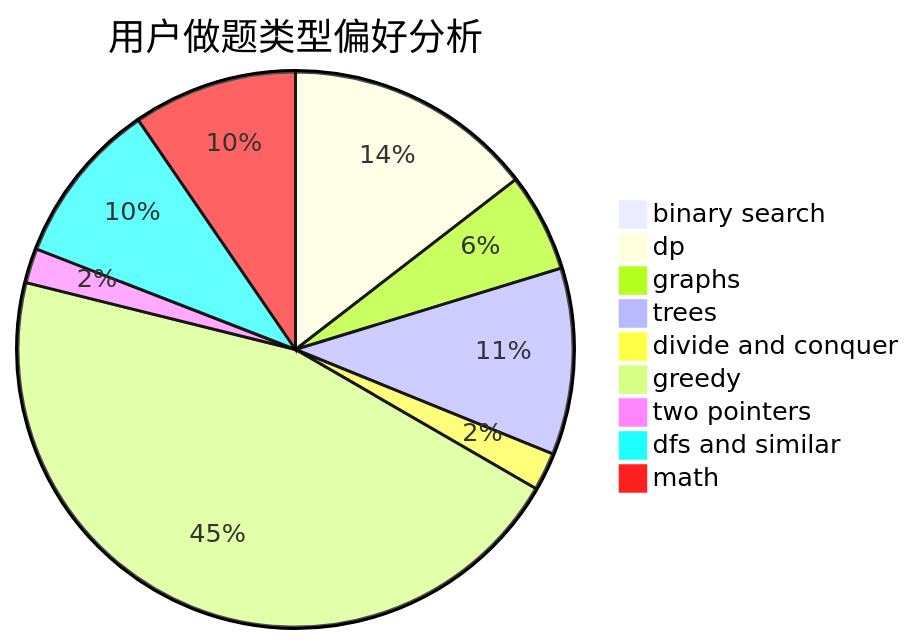
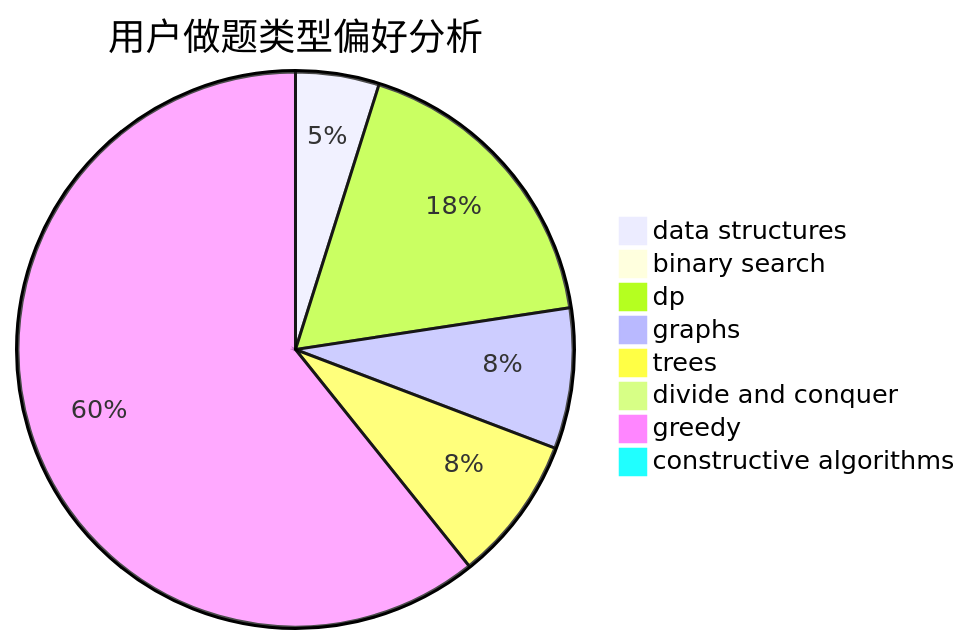
One commit to sherpahu/cfrs.github.io changed the second of 3 diagrams in docs/user/u1179.md. Above: the diagram before and after it, drawn with Mermaid. The commit also changed other lines of this file and 2775 other files, not shown here.

````diff
--- a/docs/user/u1179.md
+++ b/docs/user/u1179.md
@@ -23,12 +23,11 @@
 ```mermaid
 pie title 用户做题类型偏好分析
-    "binary search" :  9
-    "dp" :  289
-    "graphs" :  114
-    "trees" :  216
-    "divide and conquer" :  44
-    "greedy" :  905
-    "two pointers" :  40
-    "dfs and similar" :  190
-    "math" :  190
+    "data structures" :  54
+    "binary search" :  2
+    "dp" :  197
+    "graphs" :  91
+    "trees" :  94
+    "divide and conquer" :  0
+    "greedy" :  675
+    "constructive algorithms" :  8
 ```
````
